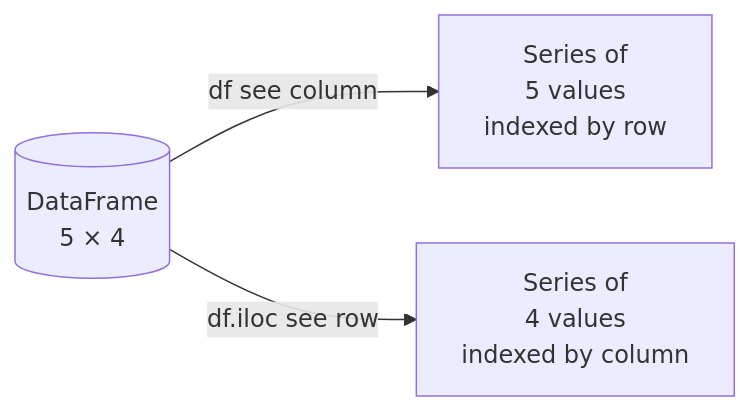
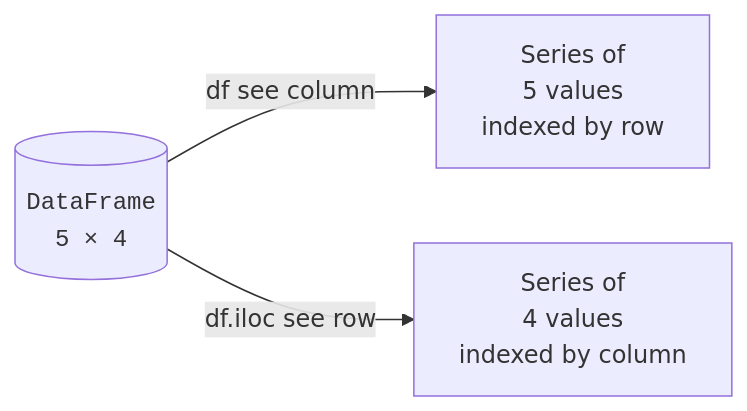
Before and after one commit to dataslope/dataslope: the diagram in content/learn/data-analysis-python-pandas/rows-and-columns.mdx, drawn with Mermaid. The commit also changed 218 other files, not shown here.

First line of the commit message:
Render code-only mermaid shapes in monospace; convert step sequences to Steps (#467)

````diff
--- a/content/learn/data-analysis-python-pandas/rows-and-columns.mdx
+++ b/content/learn/data-analysis-python-pandas/rows-and-columns.mdx
@@ -188,5 +188,5 @@
 ```mermaid
 flowchart LR
-    DF[(DataFrame<br/>5 × 4)] -->|df see column| C[Series of<br/>5 values<br/>indexed by row]
+    DF[("<code>DataFrame<br/>5 × 4</code>")] -->|df see column| C[Series of<br/>5 values<br/>indexed by row]
     DF -->|df.iloc see row| R[Series of<br/>4 values<br/>indexed by column]
 ```
````
